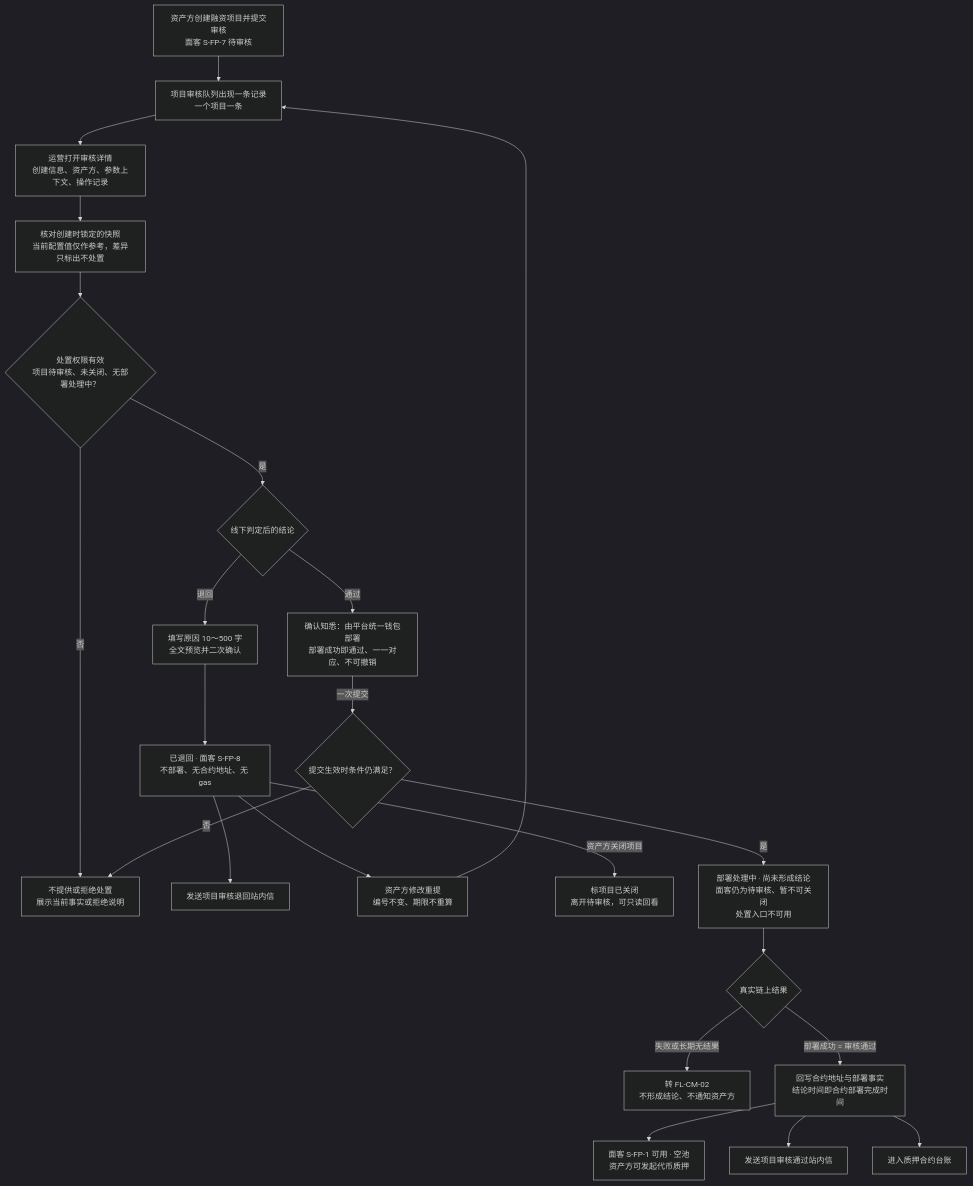
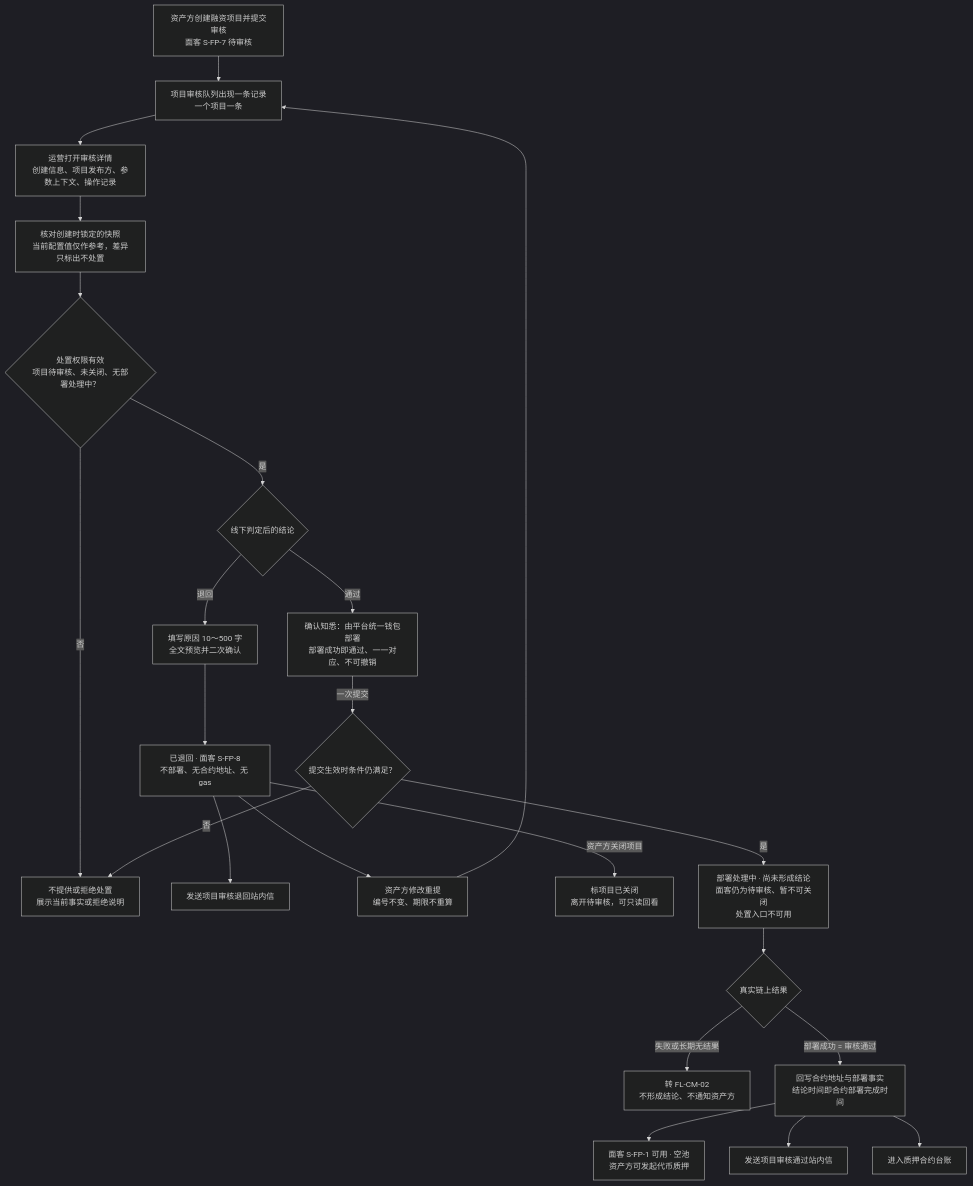
The first of 5 diagrams in lending-platform/PRD/运营端/04-运营端项目合约管理/02-运营端项目合约管理-流程图与状态机.md (wxblockchain/Chain-Financing), drawn with Mermaid (dark theme) before and after one commit. The commit also changed other lines of this file and 3 other files, not shown here.

````diff
--- a/lending-platform/PRD/运营端/04-运营端项目合约管理/02-运营端项目合约管理-流程图与状态机.md
+++ b/lending-platform/PRD/运营端/04-运营端项目合约管理/02-运营端项目合约管理-流程图与状态机.md
@@ -19,25 +19,25 @@
 ```mermaid
 flowchart TD
   A0["资产方创建融资项目并提交审核<br/>面客 S-FP-7 待审核"] --> A1["项目审核队列出现一条记录<br/>一个项目一条"]
-  A1 --> A2["运营打开审核详情<br/>创建信息、资产方、参数上下文、操作记录"]
+  A1 --> A2["运营打开审核详情<br/>创建信息、项目发布方、参数上下文、操作记录"]
   A2 --> A3["核对创建时锁定的快照<br/>当前配置值仅作参考，差异只标出不处置"]
   A3 --> A5{"处置权限有效<br/>项目待审核、未关闭、无部署处理中？"}
   A5 -- "否" --> A6["不提供或拒绝处置<br/>展示当前事实或拒绝说明"]
   A5 -- "是" --> A7{"线下判定后的结论"}
   A7 -- "退回" --> B1["填写原因 10～500 字<br/>全文预览并二次确认"]
   B1 --> B2["已退回 · 面客 S-FP-8<br/>不部署、无合约地址、无 gas"]
   B2 --> B3["发送项目审核退回站内信"]
   B2 --> B4["资产方修改重提<br/>编号不变、期限不重算"]
   B4 --> A1
   B2 -- "资产方关闭项目" --> B5["标项目已关闭<br/>离开待审核，可只读回看"]
   A7 -- "通过" --> C1["确认知悉：由平台统一钱包部署<br/>部署成功即通过、一一对应、不可撤销"]
   C1 -- "一次提交" --> C2{"提交生效时条件仍满足？"}
   C2 -- "否" --> A6
   C2 -- "是" --> C3["部署处理中 · 尚未形成结论<br/>面客仍为待审核、暂不可关闭<br/>处置入口不可用"]
   C3 --> C5{"真实链上结果"}
   C5 -- "失败或长期无结果" --> C6["转 FL-CM-02<br/>不形成结论、不通知资产方"]
   C5 -- "部署成功 = 审核通过" --> D1["回写合约地址与部署事实<br/>结论时间即合约部署完成时间"]
   D1 --> D2["面客 S-FP-1 可用 · 空池<br/>资产方可发起代币质押"]
   D1 --> D3["发送项目审核通过站内信"]
   D1 --> D4["进入质押合约台账"]
 ```
````
